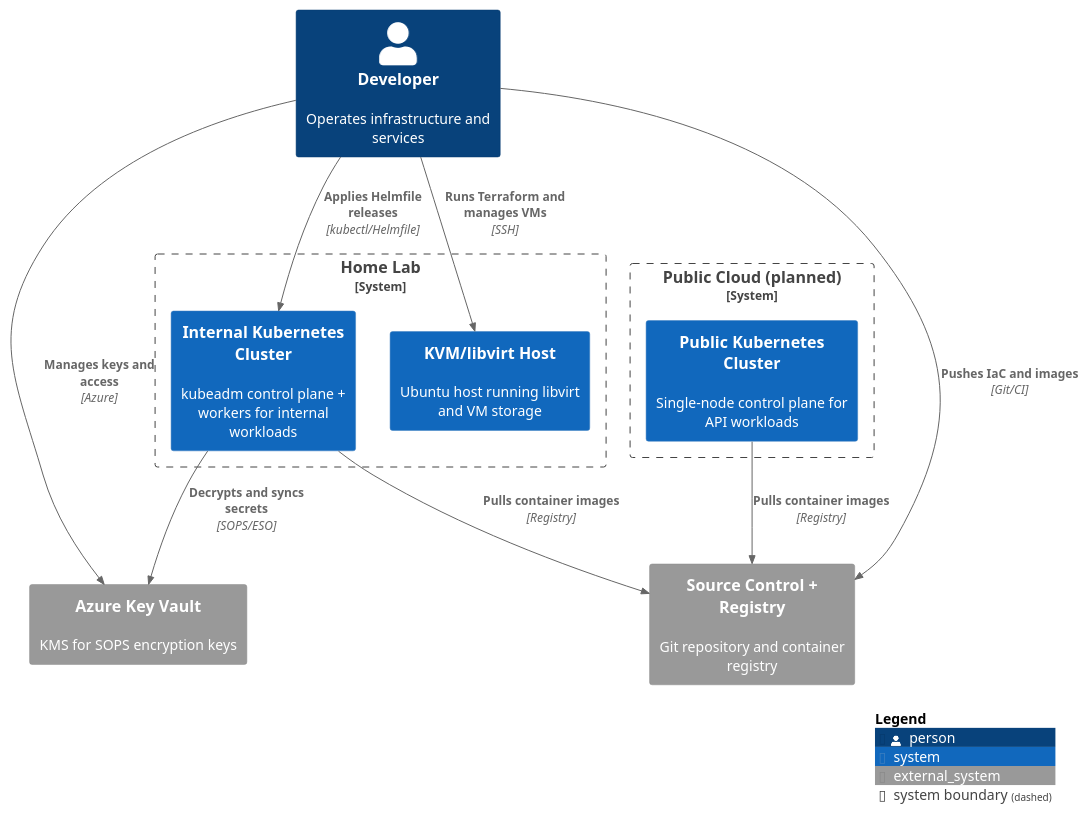
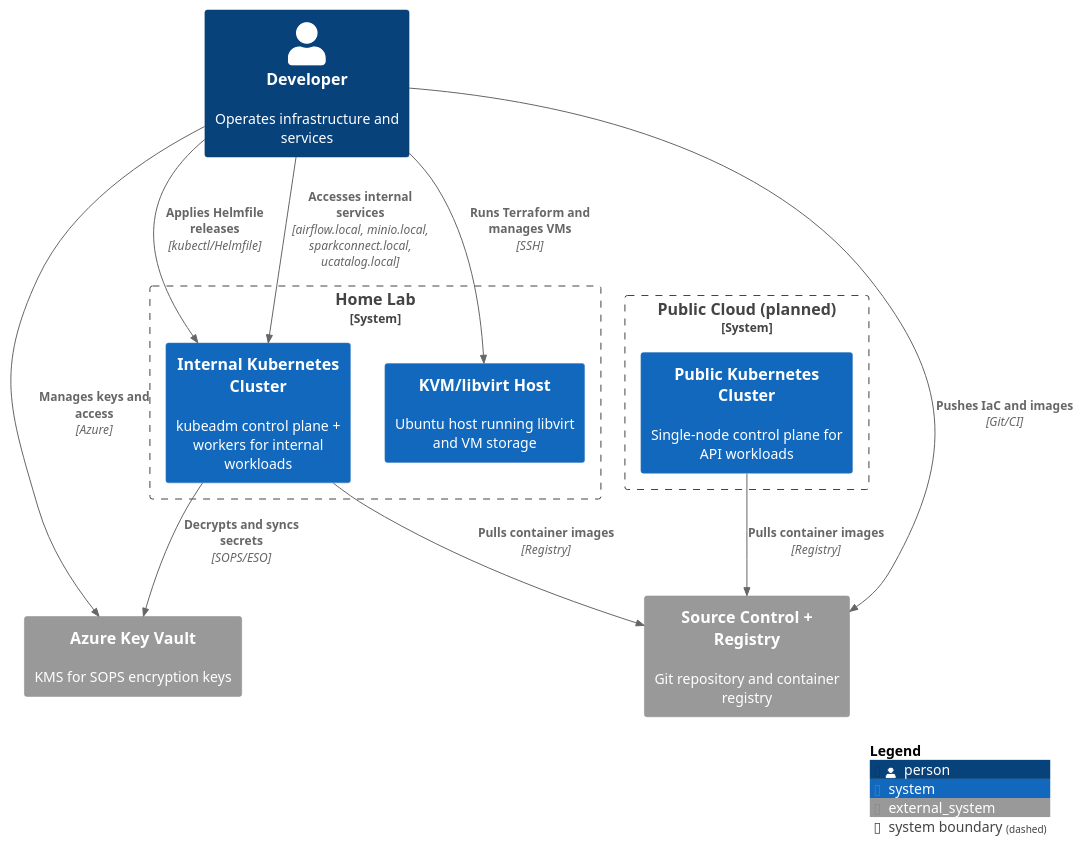
One commit to AntonMiniazev/bohr_project changed the diagram in docs/diagrams/context.puml. Above: the diagram before and after it, drawn with PlantUML. The commit also changed 50 other files, not shown here.

```diff
--- a/docs/diagrams/context.puml
+++ b/docs/diagrams/context.puml
@@ -1,29 +1,30 @@
 @startuml Context
 !includeurl https://raw.githubusercontent.com/plantuml-stdlib/C4-PlantUML/master/C4_Context.puml
 LAYOUT_WITH_LEGEND()
 HIDE_STEREOTYPE()
 
 Person(dev, "Developer", "Operates infrastructure and services")
 
 System_Ext(git, "Source Control + Registry", "Git repository and container registry")
 System_Ext(keyvault, "Azure Key Vault", "KMS for SOPS encryption keys")
 
 System_Boundary(home, "Home Lab") {
     System(kvm, "KVM/libvirt Host", "Ubuntu host running libvirt and VM storage")
     System(homek8s, "Internal Kubernetes Cluster", "kubeadm control plane + workers for internal workloads")
 }
 
 System_Boundary(cloud, "Public Cloud (planned)") {
     System(apik8s, "Public Kubernetes Cluster", "Single-node control plane for API workloads")
 }
 
 Rel(dev, git, "Pushes IaC and images", "Git/CI")
 Rel(dev, kvm, "Runs Terraform and manages VMs", "SSH")
 Rel(dev, homek8s, "Applies Helmfile releases", "kubectl/Helmfile")
+Rel(dev, homek8s, "Accesses internal services", "airflow.local, minio.local, sparkconnect.local, ucatalog.local")
 Rel(dev, keyvault, "Manages keys and access", "Azure")
 Rel(homek8s, keyvault, "Decrypts and syncs secrets", "SOPS/ESO")
 Rel(homek8s, git, "Pulls container images", "Registry")
 Rel(apik8s, git, "Pulls container images", "Registry")
 
 SHOW_LEGEND()
 @enduml
```
